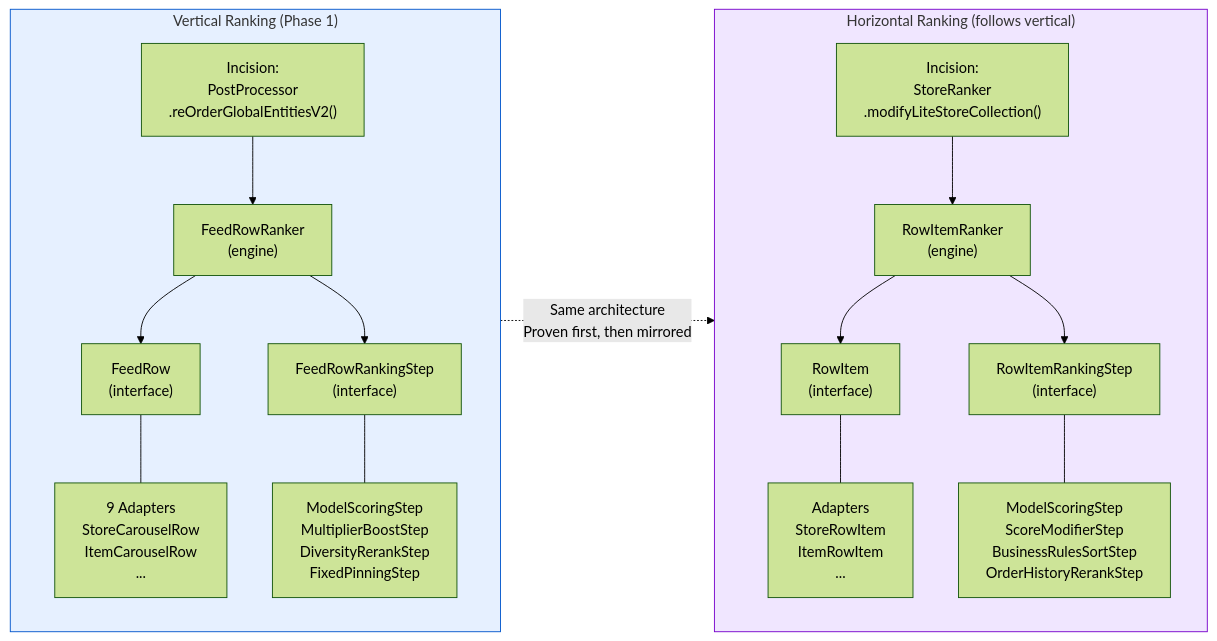
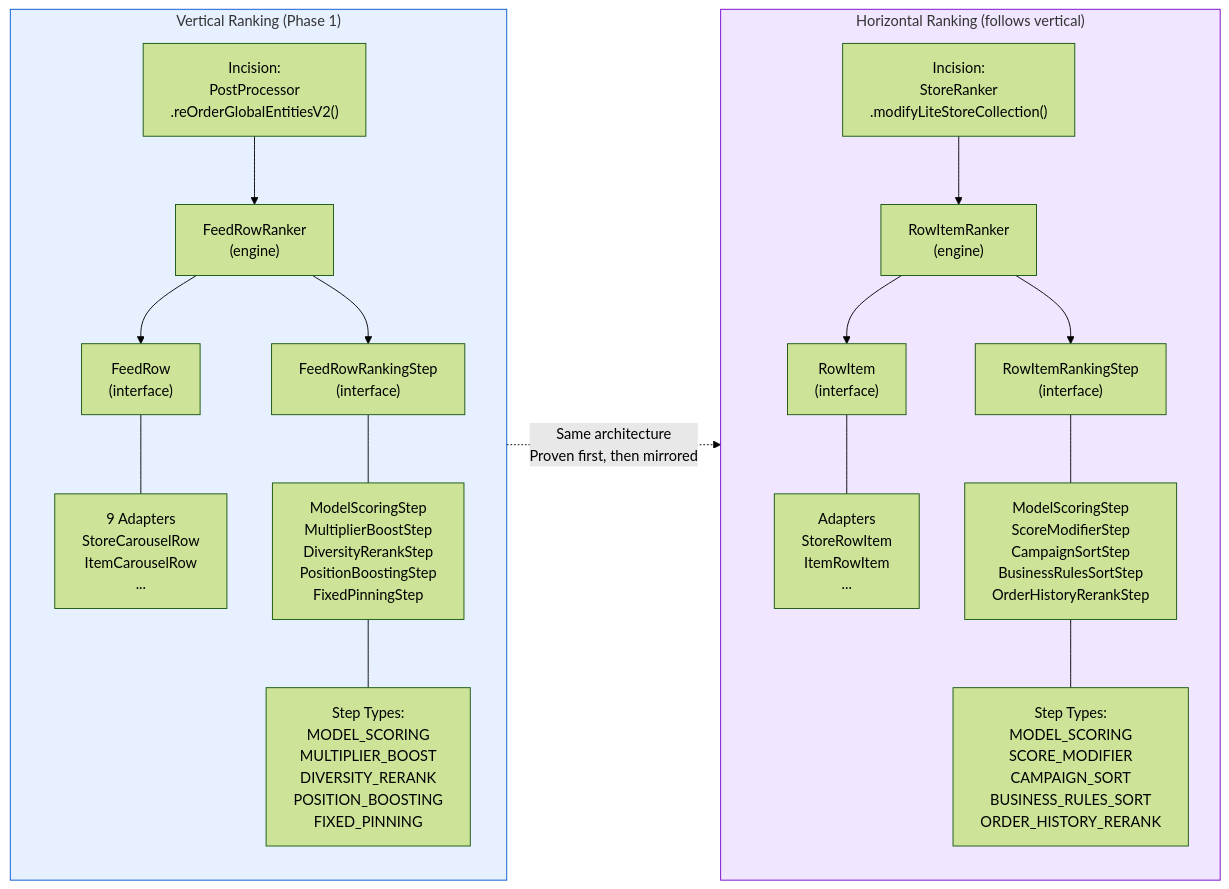
One commit to daniel-fonyo/dd-brain changed the sixth of 7 diagrams in unified-blending-platform/context/one-pager-diagrams.md. Above: the diagram before and after it, drawn with Mermaid (forest theme). The commit also changed other lines of this file, not shown here.

First line of the commit message:
Enrich UBP diagrams: real StepParams, StepType, better before/after visuals

````diff
--- a/unified-blending-platform/context/one-pager-diagrams.md
+++ b/unified-blending-platform/context/one-pager-diagrams.md
@@ -330,62 +462,78 @@
 ```mermaid
 flowchart LR
     subgraph vertical["Vertical Ranking (Phase 1)"]
         direction TB
         V_IF["FeedRow
         (interface)"]
         V_ADAPT["9 Adapters
         StoreCarouselRow
         ItemCarouselRow
         ..."]
         V_STEP["FeedRowRankingStep
         (interface)"]
         V_IMPL["ModelScoringStep
         MultiplierBoostStep
         DiversityRerankStep
+        PositionBoostingStep
         FixedPinningStep"]
+        V_TYPES["Step Types:
+        MODEL_SCORING
+        MULTIPLIER_BOOST
+        DIVERSITY_RERANK
+        POSITION_BOOSTING
+        FIXED_PINNING"]
         V_ENG["FeedRowRanker
         (engine)"]
         V_ENTRY["Incision:
         PostProcessor
         .reOrderGlobalEntitiesV2()"]
 
         V_ENTRY --> V_ENG
         V_ENG --> V_IF
         V_ENG --> V_STEP
         V_IF --- V_ADAPT
         V_STEP --- V_IMPL
+        V_IMPL --- V_TYPES
     end
 
     subgraph horizontal["Horizontal Ranking (follows vertical)"]
         direction TB
         H_IF["RowItem
         (interface)"]
         H_ADAPT["Adapters
         StoreRowItem
         ItemRowItem
         ..."]
         H_STEP["RowItemRankingStep
         (interface)"]
         H_IMPL["ModelScoringStep
         ScoreModifierStep
+        CampaignSortStep
         BusinessRulesSortStep
         OrderHistoryRerankStep"]
+        H_TYPES["Step Types:
+        MODEL_SCORING
+        SCORE_MODIFIER
+        CAMPAIGN_SORT
+        BUSINESS_RULES_SORT
+        ORDER_HISTORY_RERANK"]
         H_ENG["RowItemRanker
         (engine)"]
         H_ENTRY["Incision:
         StoreRanker
         .modifyLiteStoreCollection()"]
 
         H_ENTRY --> H_ENG
         H_ENG --> H_IF
         H_ENG --> H_STEP
         H_IF --- H_ADAPT
         H_STEP --- H_IMPL
+        H_IMPL --- H_TYPES
     end
 
     vertical -.->|"Same architecture
     Proven first, then mirrored"| horizontal
 
     style vertical fill:#e6f0ff,stroke:#0055cc
     style horizontal fill:#f0e6ff,stroke:#7700cc
 ```
````
